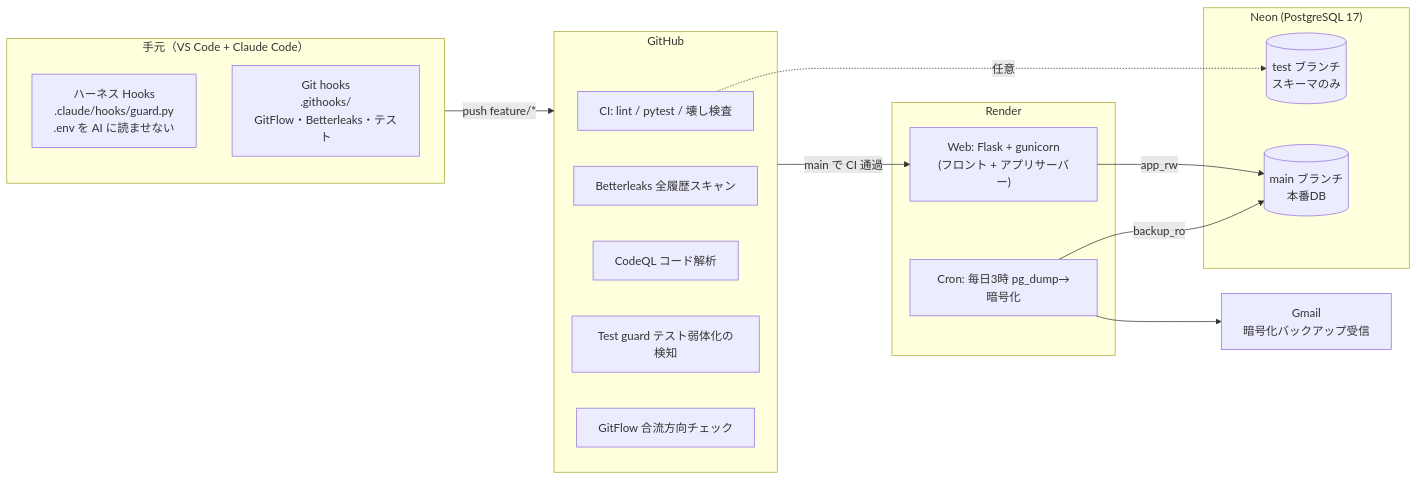
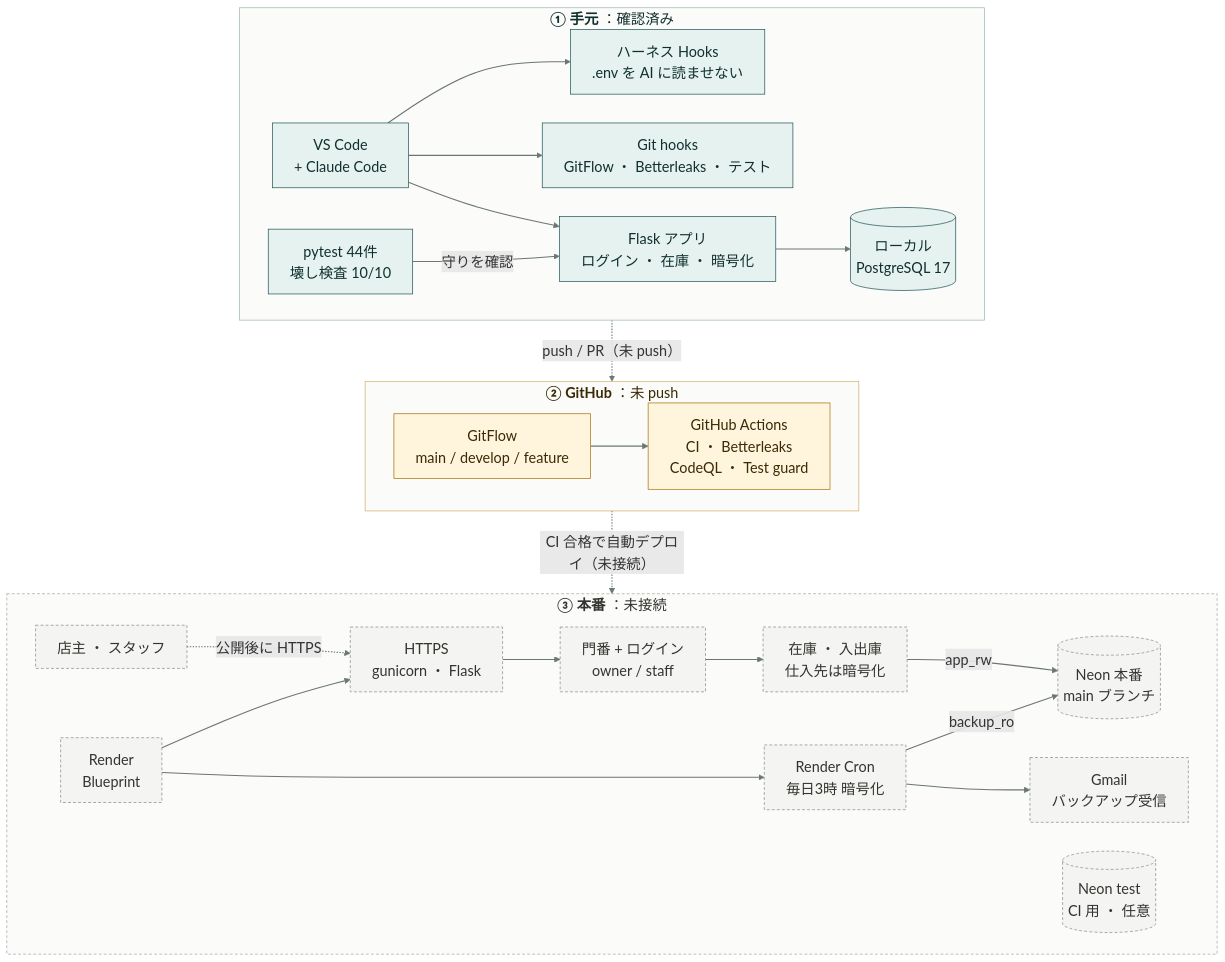
Before and after one commit to AchieveOn/20261103: the first of 2 diagrams in docs/ARCHITECTURE.md, drawn with Mermaid. The commit also changed other lines of this file and 6 other files, not shown here.

First line of the commit message:
docs: 状態つきの全体図と VS Code の整形・拡張設定を追加

````diff
--- a/docs/ARCHITECTURE.md
+++ b/docs/ARCHITECTURE.md
@@ -7,30 +28,69 @@
 ```mermaid
-flowchart LR
-  subgraph Local["手元（VS Code + Claude Code）"]
-    H1["ハーネス Hooks<br/>.claude/hooks/guard.py<br/>.env を AI に読ませない"]
-    H2["Git hooks<br/>.githooks/<br/>GitFlow・Betterleaks・テスト"]
+---
+config:
+  markdownAutoWrap: false
+  flowchart:
+    wrappingWidth: 420
+    nodeSpacing: 40
+    rankSpacing: 55
+  themeVariables:
+    fontSize: 20px
+---
+flowchart TB
+  %% 喫茶在庫の全体図（状態つき）。docs/ARCHITECTURE.md の「全体図」と同じ内容なので、直すときは両方そろえる
+  %% 3段を縦に積み、段の中は左→右。段どうしは段そのものを矢印でつなぐ（中の向き LR を保つため）
+  classDef done fill:#e6f2ef,stroke:#23565a,color:#10302f
+  classDef ready fill:#fff4dc,stroke:#a8740f,color:#3a2a05
+  classDef todo fill:#f4f4f2,stroke:#8a8a85,color:#33332f,stroke-dasharray:4 3
+
+  subgraph L["`**① 手元** ：確認済み`"]
+    direction LR
+    VS["VS Code<br/>+ Claude Code"]
+    HK["ハーネス Hooks<br/>.env を AI に読ませない"]
+    GHK["Git hooks<br/>GitFlow ・ Betterleaks ・ テスト"]
+    TST["pytest 44件<br/>壊し検査 10/10"]
+    APP["Flask アプリ<br/>ログイン ・ 在庫 ・ 暗号化"]
+    LDB[("ローカル<br/>PostgreSQL 17")]
+    VS --> HK
+    VS --> GHK
+    VS --> APP --> LDB
+    TST -->|守りを確認| APP
   end
-  subgraph GH["GitHub"]
-    CI["CI: lint / pytest / 壊し検査"]
-    BL["Betterleaks 全履歴スキャン"]
-    CQ["CodeQL コード解析"]
-    TG["Test guard テスト弱体化の検知"]
-    GF["GitFlow 合流方向チェック"]
+
+  subgraph G["`**② GitHub** ：未 push`"]
+    direction LR
+    GF["GitFlow<br/>main / develop / feature"]
+    ACT["GitHub Actions<br/>CI ・ Betterleaks<br/>CodeQL ・ Test guard"]
+    GF --> ACT
   end
-  subgraph Render
-    WEB["Web: Flask + gunicorn<br/>(フロント + アプリサーバー)"]
-    CRON["Cron: 毎日3時 pg_dump→暗号化"]
+
+  subgraph P["`**③ 本番** ：未接続`"]
+    direction LR
+    USR["店主 ・ スタッフ"]
+    BP["Render<br/>Blueprint"]
+    WEB["HTTPS<br/>gunicorn ・ Flask"]
+    AUTH["門番 + ログイン<br/>owner / staff"]
+    INV["在庫 ・ 入出庫<br/>仕入先は暗号化"]
+    NEON[("Neon 本番<br/>main ブランチ")]
+    NT[("Neon test<br/>CI 用 ・ 任意")]
+    CRON["Render Cron<br/>毎日3時 暗号化"]
+    GM["Gmail<br/>バックアップ受信"]
+    USR -. 公開後に HTTPS .-> WEB
+    BP --> WEB --> AUTH --> INV -->|app_rw| NEON
+    BP --> CRON -->|backup_ro| NEON
+    CRON --> GM
   end
-  subgraph Neon["Neon (PostgreSQL 17)"]
-    MAIN[("main ブランチ<br/>本番DB")]
-    TEST[("test ブランチ<br/>スキーマのみ")]
-  end
-  GMAIL["Gmail<br/>暗号化バックアップ受信"]
 
-  Local -->|push feature/*| GH
-  GH -->|main で CI 通過| WEB
-  WEB -->|app_rw| MAIN
-  CRON -->|backup_ro| MAIN
-  CRON --> GMAIL
-  CI -.->|任意| TEST
+  L -. "push / PR（未 push）" .-> G
+  G -. "CI 合格で自動デプロイ（未接続）" .-> P
+
+  linkStyle default stroke:#6b7775,stroke-width:1.5px
+
+  style L fill:#fbfbf9,stroke:#9fb8b4,color:#10302f
+  style G fill:#fbfbf9,stroke:#d2b06a,color:#3a2a05
+  style P fill:#fbfbf9,stroke:#a5a5a0,color:#33332f,stroke-dasharray:4 3
+
+  class VS,HK,GHK,APP,LDB,TST done
+  class GF,ACT ready
+  class USR,BP,WEB,AUTH,INV,NEON,NT,CRON,GM todo
 ```
````
